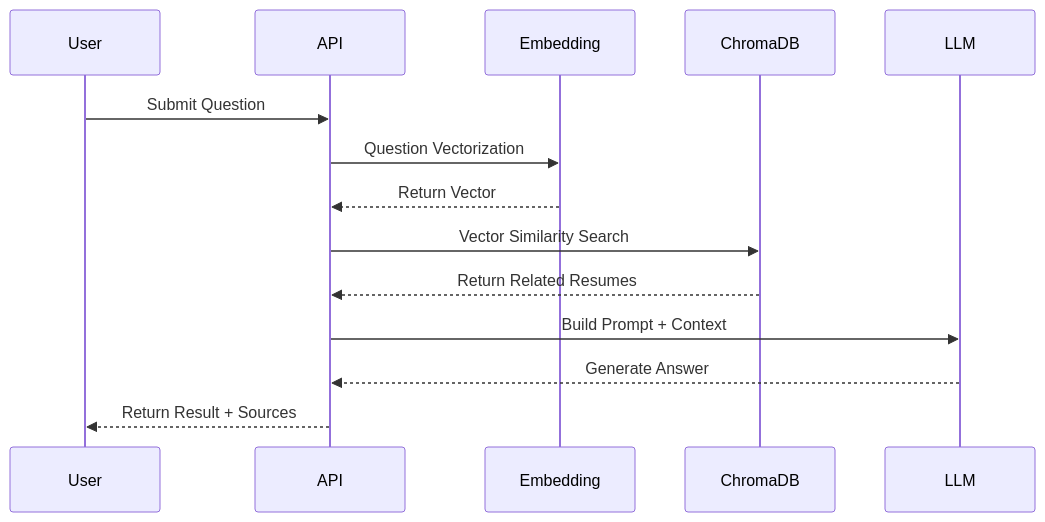
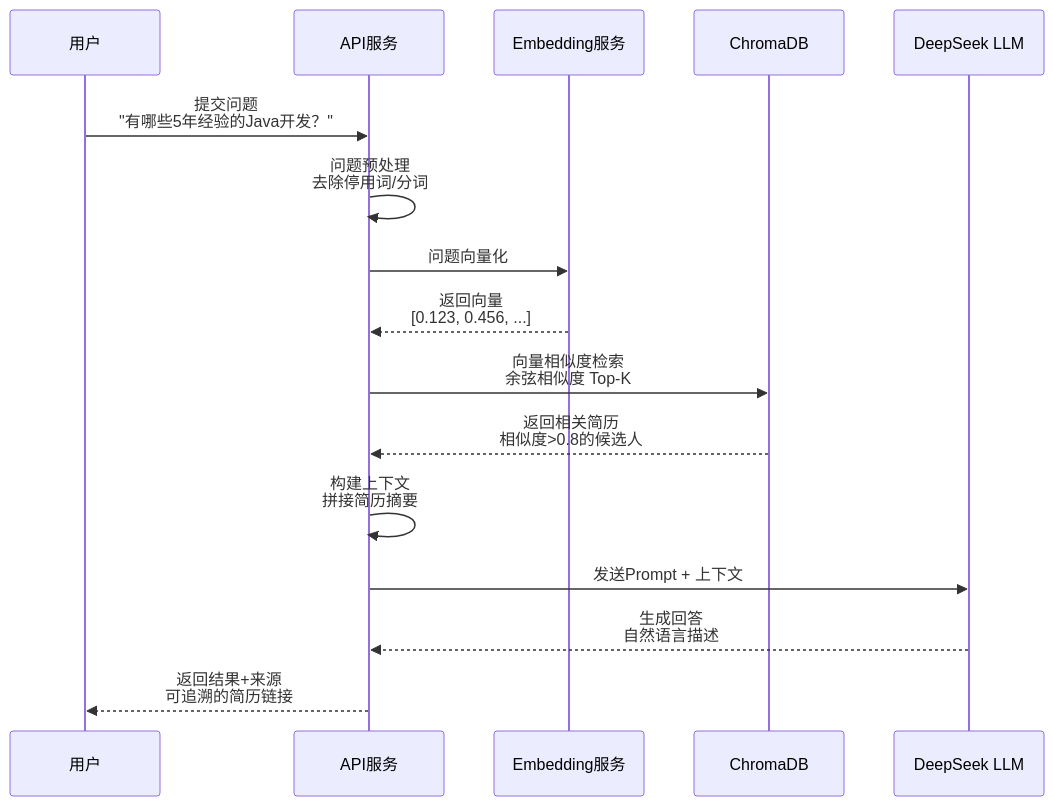
One commit to xt765/ResumeScreening changed the seventh of 11 diagrams in README.md. Above: the diagram before and after it, drawn with Mermaid. The commit also changed other lines of this file and 26 other files, not shown here.

````diff
--- a/README.md
+++ b/README.md
@@ -234,17 +357,19 @@
 ```mermaid
 sequenceDiagram
-    participant U as User
-    participant A as API
-    participant E as Embedding
+    participant U as 用户
+    participant A as API服务
+    participant E as Embedding服务
     participant C as ChromaDB
-    participant L as LLM
+    participant L as DeepSeek LLM
     
-    U->>A: Submit Question
-    A->>E: Question Vectorization
-    E-->>A: Return Vector
-    A->>C: Vector Similarity Search
-    C-->>A: Return Related Resumes
-    A->>L: Build Prompt + Context
-    L-->>A: Generate Answer
-    A-->>U: Return Result + Sources
+    U->>A: 提交问题<br/>"有哪些5年经验的Java开发？"
+    A->>A: 问题预处理<br/>去除停用词/分词
+    A->>E: 问题向量化
+    E-->>A: 返回向量<br/>[0.123, 0.456, ...]
+    A->>C: 向量相似度检索<br/>余弦相似度 Top-K
+    C-->>A: 返回相关简历<br/>相似度>0.8的候选人
+    A->>A: 构建上下文<br/>拼接简历摘要
+    A->>L: 发送Prompt + 上下文
+    L-->>A: 生成回答<br/>自然语言描述
+    A-->>U: 返回结果+来源<br/>可追溯的简历链接
 ```
````
